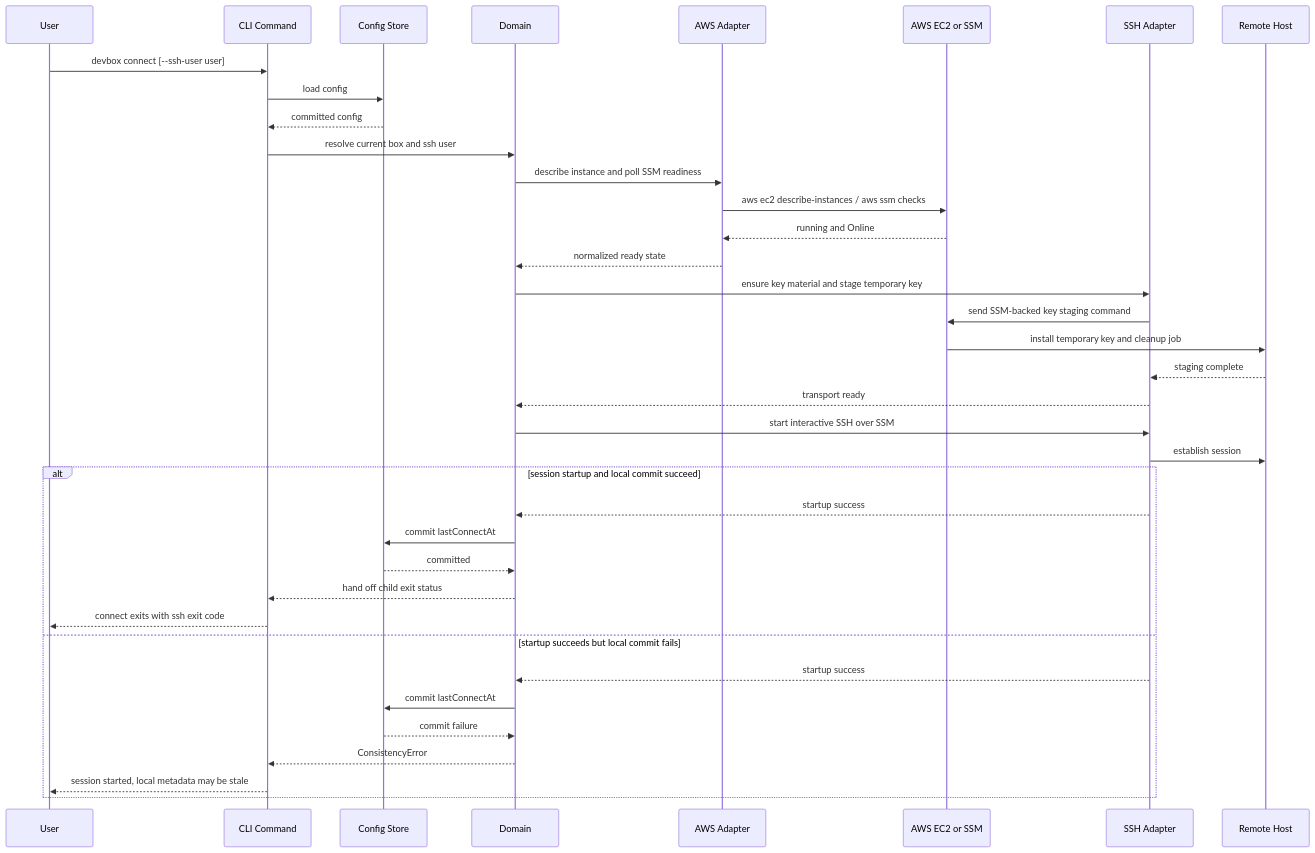
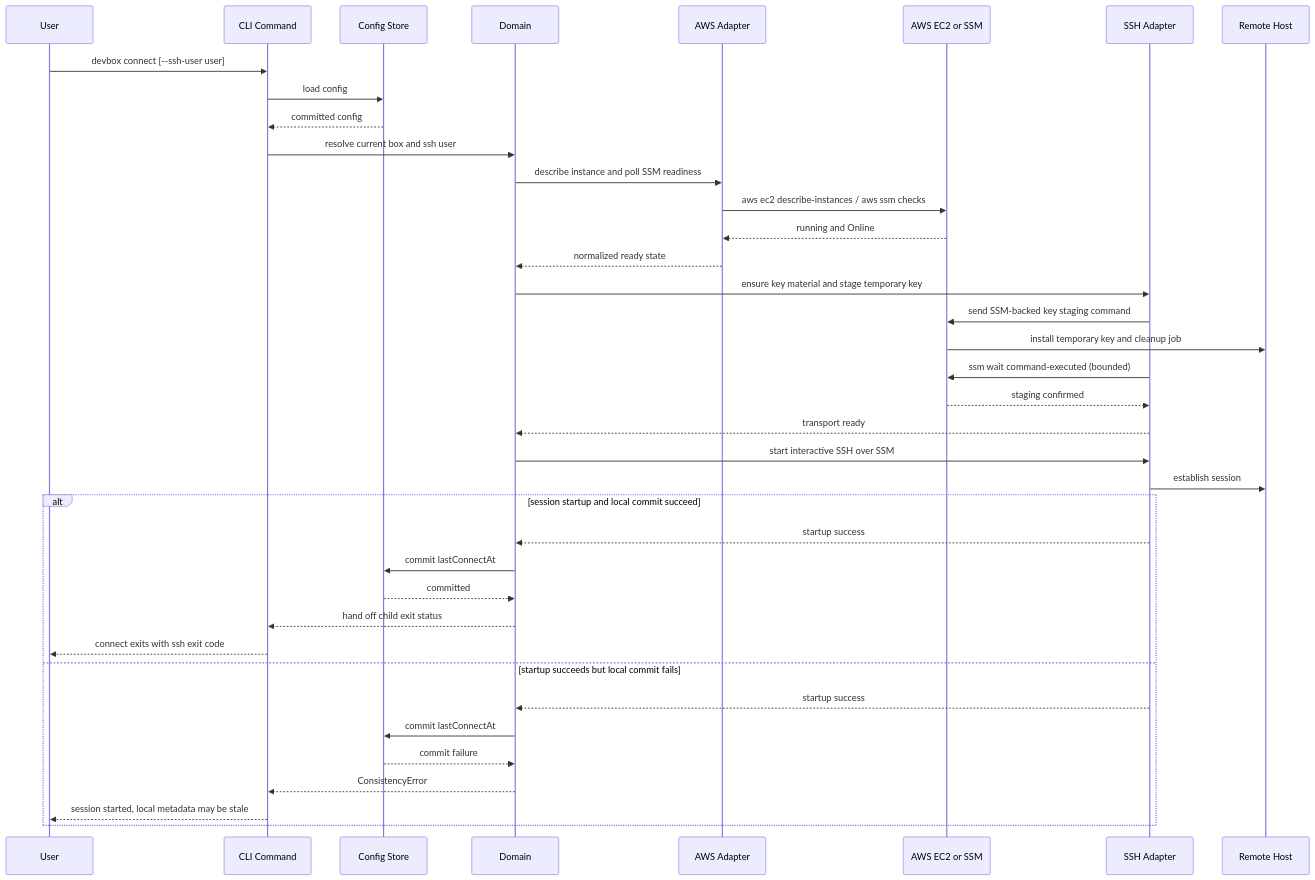
One commit to ohpauleez/devbox changed diagram 16 of 18 in docs/design.md. Above: the diagram before and after it, drawn with Mermaid. The commit also changed other lines of this file and 7 other files, not shown here.

````diff
--- a/docs/design.md
+++ b/docs/design.md
@@ -1106,40 +1109,41 @@
 ```mermaid
 sequenceDiagram
     participant U as User
     participant C as CLI Command
     participant S as Config Store
     participant D as Domain
     participant A as AWS Adapter
     participant EC2 as AWS EC2 or SSM
     participant SSH as SSH Adapter
     participant H as Remote Host
 
     U->>C: devbox connect [--ssh-user user]
     C->>S: load config
     S-->>C: committed config
     C->>D: resolve current box and ssh user
     D->>A: describe instance and poll SSM readiness
     A->>EC2: aws ec2 describe-instances / aws ssm checks
     EC2-->>A: running and Online
     A-->>D: normalized ready state
     D->>SSH: ensure key material and stage temporary key
     SSH->>EC2: send SSM-backed key staging command
     EC2->>H: install temporary key and cleanup job
-    H-->>SSH: staging complete
+    SSH->>EC2: ssm wait command-executed (bounded)
+    EC2-->>SSH: staging confirmed
     SSH-->>D: transport ready
     D->>SSH: start interactive SSH over SSM
     SSH->>H: establish session
     alt session startup and local commit succeed
         SSH-->>D: startup success
         D->>S: commit lastConnectAt
         S-->>D: committed
         D-->>C: hand off child exit status
         C-->>U: connect exits with ssh exit code
     else startup succeeds but local commit fails
         SSH-->>D: startup success
         D->>S: commit lastConnectAt
         S-->>D: commit failure
         D-->>C: ConsistencyError
         C-->>U: session started, local metadata may be stale
     end
 ```
````
